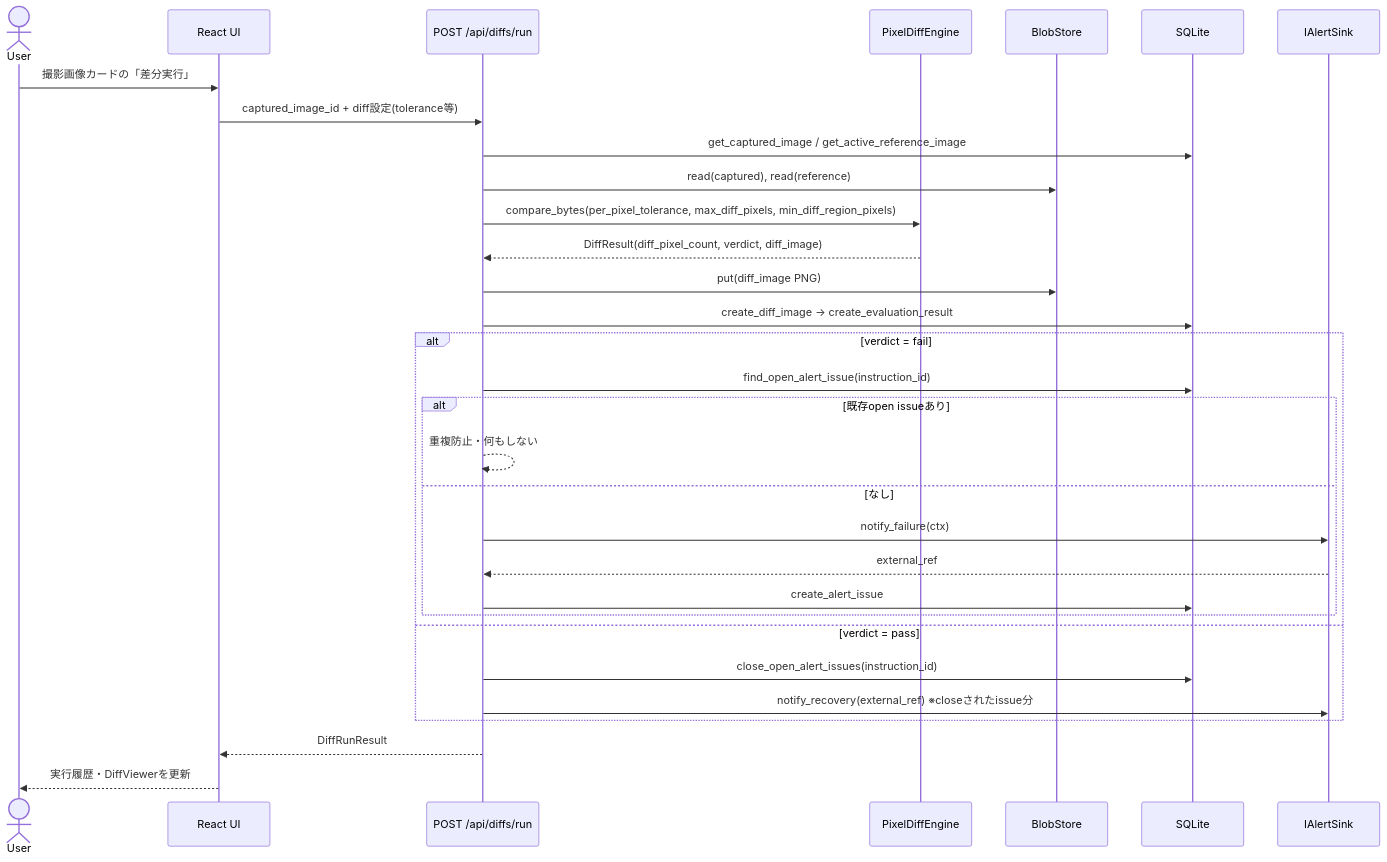
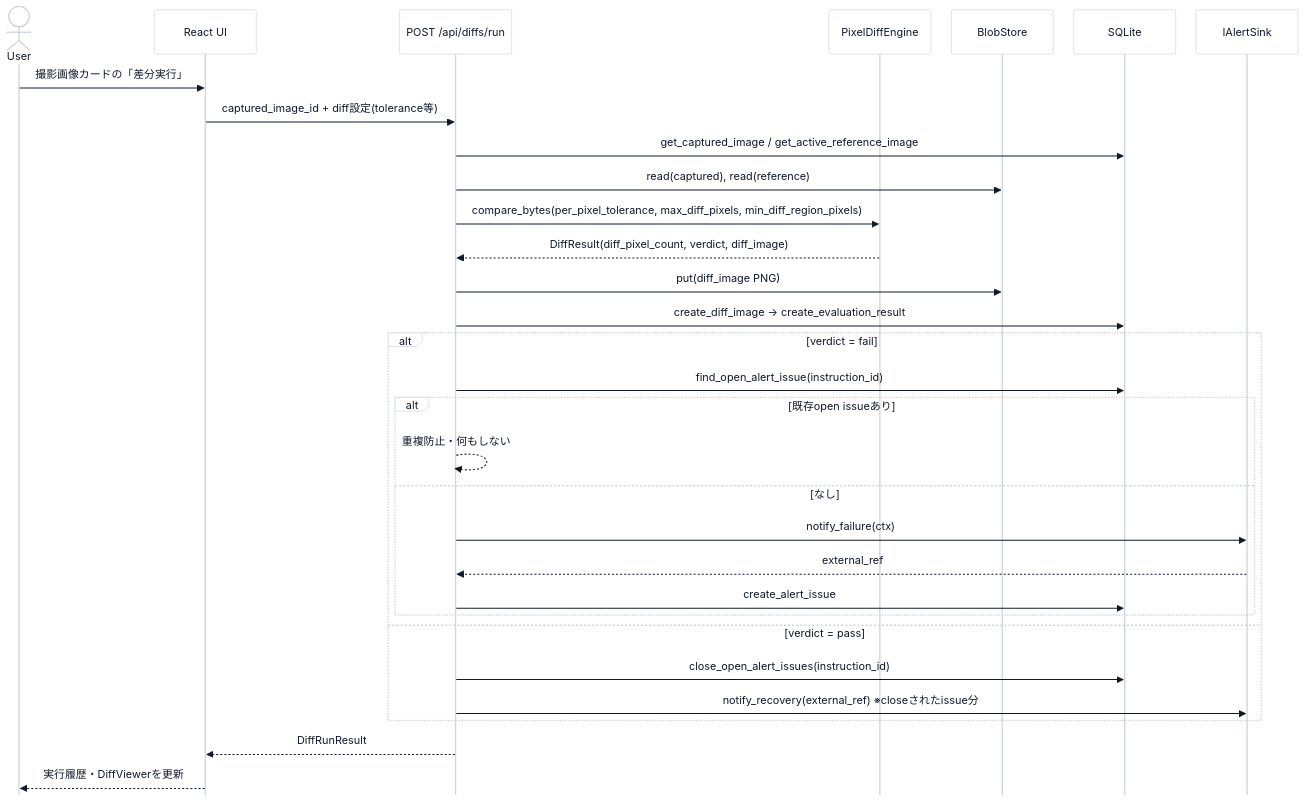
Before and after one commit to manato1201/VisualRegressionQATool: the third of 7 diagrams in docs/ARCHITECTURE.md, drawn with Mermaid. The commit also changed other lines of this file and 27 other files, not shown here.

Commit message:
docs: 講義・学習資料・構成図を追加し、README を入口に整理する(旧 README は docs/reference/ へ)

````diff
--- a/docs/ARCHITECTURE.md
+++ b/docs/ARCHITECTURE.md
@@ -128,34 +130,35 @@
 ```mermaid
+%%{init: {"theme":"base","fontFamily":"Noto Sans JP, Hiragino Sans, Meiryo, sans-serif","themeVariables":{"fontFamily":"Noto Sans JP, Hiragino Sans, Meiryo, sans-serif","primaryColor":"#ffffff","primaryBorderColor":"#d0d5dd","primaryTextColor":"#101828","lineColor":"#667085","clusterBkg":"#f2f4f7","clusterBorder":"#d0d5dd","edgeLabelBackground":"#ffffff"},"flowchart":{"wrappingWidth":480,"nodeSpacing":40,"rankSpacing":56,"padding":14},"sequence":{"mirrorActors":false,"wrap":false,"width":150,"actorMargin":30,"messageMargin":34}}}%%
 sequenceDiagram
     actor User
     participant UI as React UI
     participant API as POST /api/diffs/run
     participant Engine as PixelDiffEngine
     participant Blob as BlobStore
     participant DB as SQLite
     participant Sink as IAlertSink
 
     User->>UI: 撮影画像カードの「差分実行」
     UI->>API: captured_image_id + diff設定(tolerance等)
     API->>DB: get_captured_image / get_active_reference_image
     API->>Blob: read(captured), read(reference)
     API->>Engine: compare_bytes(per_pixel_tolerance, max_diff_pixels, min_diff_region_pixels)
     Engine-->>API: DiffResult(diff_pixel_count, verdict, diff_image)
     API->>Blob: put(diff_image PNG)
     API->>DB: create_diff_image → create_evaluation_result
     alt verdict = fail
         API->>DB: find_open_alert_issue(instruction_id)
         alt 既存open issueあり
             API-->>API: 重複防止・何もしない
         else なし
             API->>Sink: notify_failure(ctx)
             Sink-->>API: external_ref
             API->>DB: create_alert_issue
         end
     else verdict = pass
         API->>DB: close_open_alert_issues(instruction_id)
         API->>Sink: notify_recovery(external_ref) ※closeされたissue分
     end
     API-->>UI: DiffRunResult
     UI-->>User: 実行履歴・DiffViewerを更新
 ```
````
